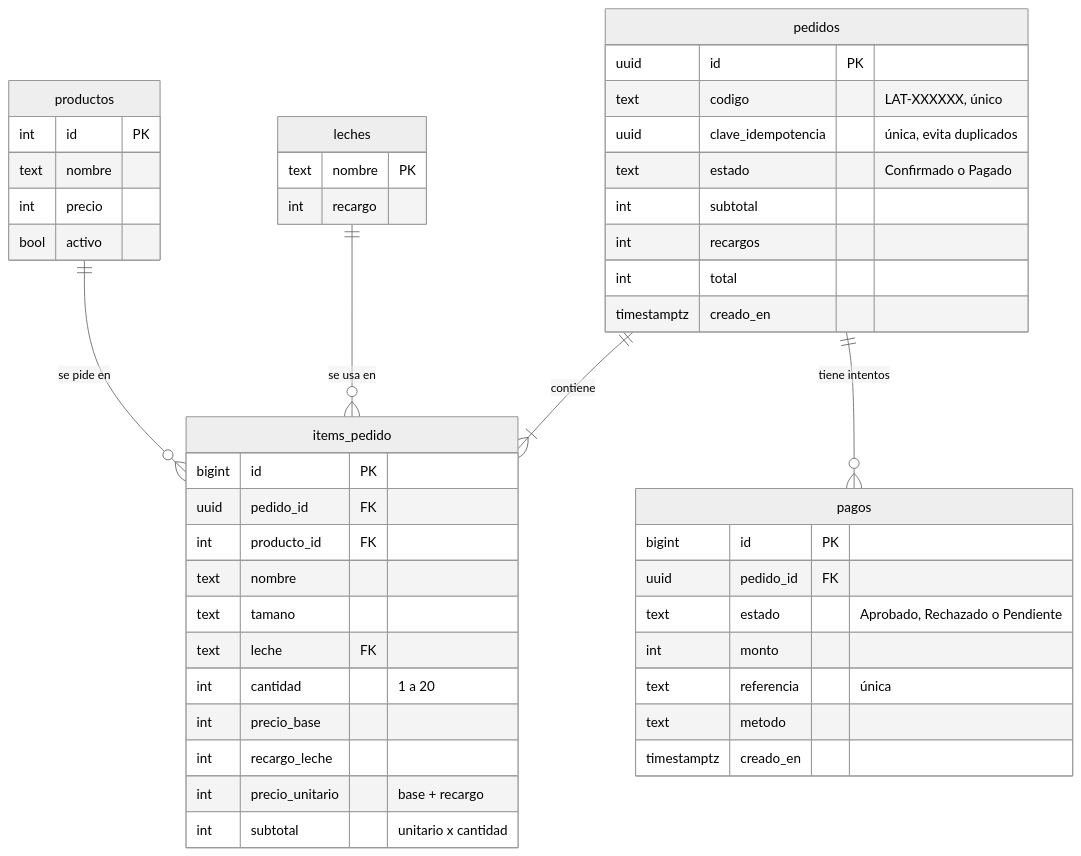
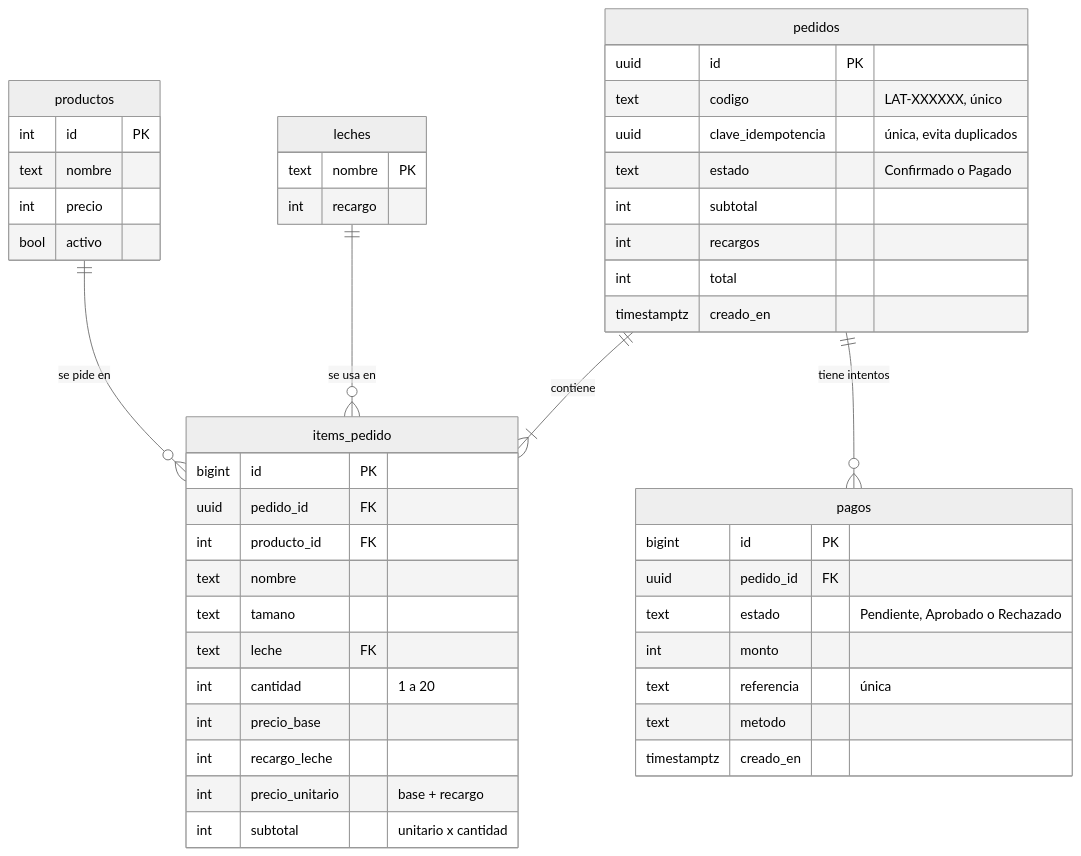
One commit to Jhoser1801/Gerencia-de-Software- changed the second of 5 diagrams in docs/ARQUITECTURA.md. Above: the diagram before and after it, drawn with Mermaid (neutral theme). The commit also changed other lines of this file and 13 other files, not shown here.

````diff
--- a/docs/ARQUITECTURA.md
+++ b/docs/ARQUITECTURA.md
@@ -55,40 +55,40 @@
 ```mermaid
 erDiagram
   productos ||--o{ items_pedido : "se pide en"
   leches ||--o{ items_pedido : "se usa en"
   pedidos ||--|{ items_pedido : contiene
   pedidos ||--o{ pagos : "tiene intentos"
 
   productos { int id PK
     text nombre
     int precio
     bool activo }
   leches { text nombre PK
     int recargo }
   pedidos { uuid id PK
     text codigo "LAT-XXXXXX, único"
     uuid clave_idempotencia "única, evita duplicados"
     text estado "Confirmado o Pagado"
     int subtotal
     int recargos
     int total
     timestamptz creado_en }
   items_pedido { bigint id PK
     uuid pedido_id FK
     int producto_id FK
     text nombre
     text tamano
     text leche FK
     int cantidad "1 a 20"
     int precio_base
     int recargo_leche
     int precio_unitario "base + recargo"
     int subtotal "unitario x cantidad" }
   pagos { bigint id PK
     uuid pedido_id FK
-    text estado "Aprobado, Rechazado o Pendiente"
+    text estado "Pendiente, Aprobado o Rechazado"
     int monto
     text referencia "única"
     text metodo
     timestamptz creado_en }
 ```
````
